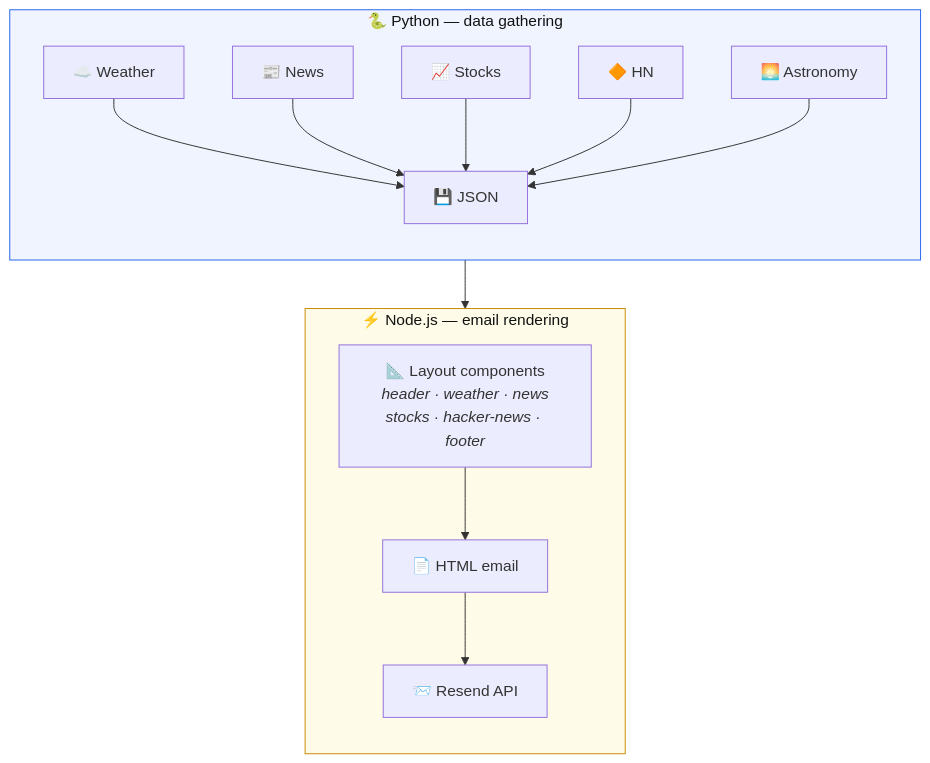
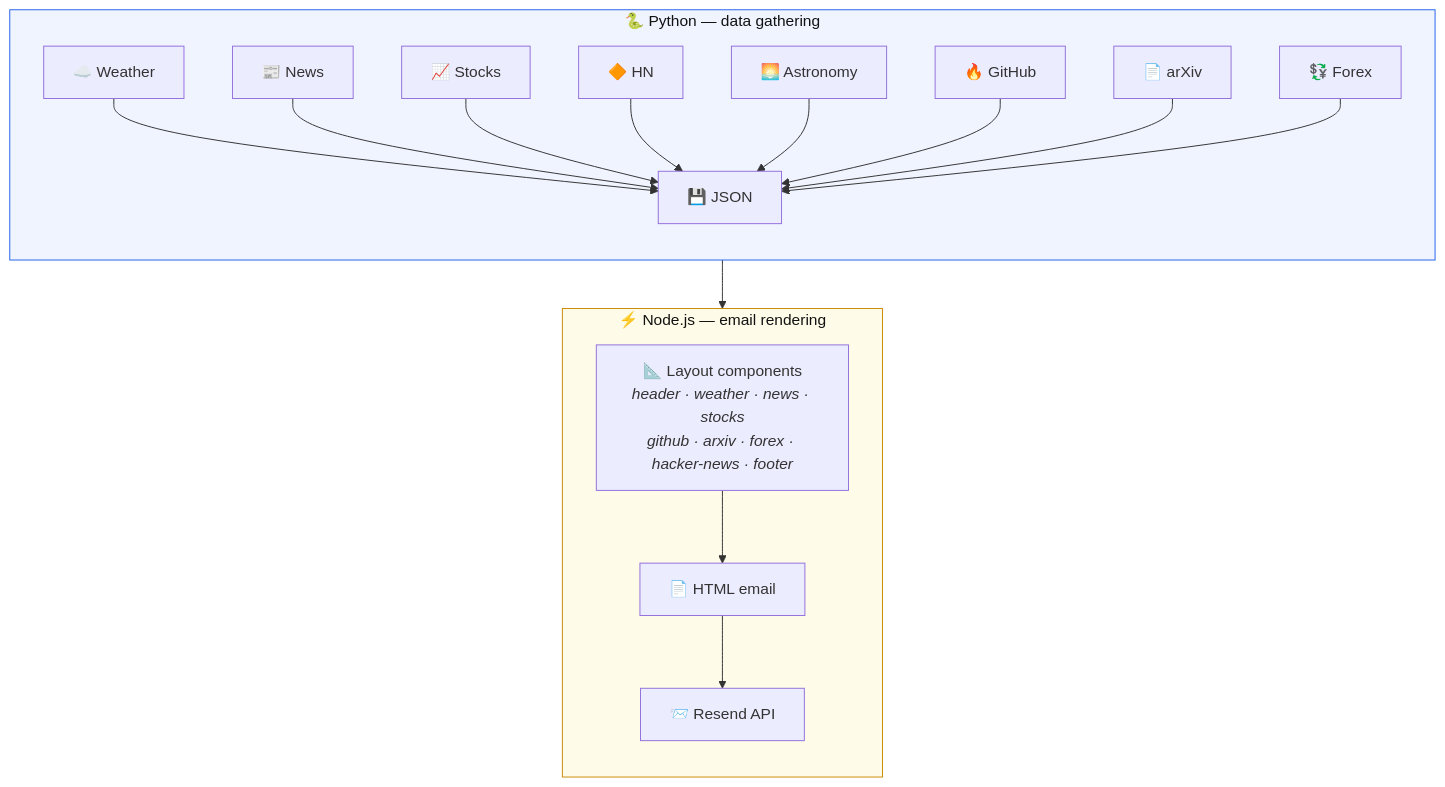
The second of 3 diagrams in README.md (ziyixi/newsletter), drawn with Mermaid before and after one commit. The commit also changed other lines of this file and 23 other files, not shown here.

First line of the commit message:
feat: add new sections for GitHub trending repos, arXiv papers, and exchange rates in email service

````diff
--- a/README.md
+++ b/README.md
@@ -55,20 +58,22 @@
 ```mermaid
 flowchart TB
     subgraph Backend["🐍 Python — data gathering"]
         direction TB
         weather["☁️ Weather"] & news["📰 News"] & stocks["📈 Stocks"] & hn["🔶 HN"] & astro["🌅 Astronomy"]
+        github["🔥 GitHub"] & arxiv["📄 arXiv"] & forex["💱 Forex"]
         weather & news & stocks & hn & astro --> json["💾 JSON"]
+        github & arxiv & forex --> json
     end
 
     subgraph Frontend["⚡ Node.js — email rendering"]
         direction TB
-        components["📐 Layout components<br/><i>header · weather · news<br/>stocks · hacker-news · footer</i>"]
+        components["📐 Layout components<br/><i>header · weather · news · stocks<br/>github · arxiv · forex · hacker-news · footer</i>"]
         components --> html["📄 HTML email"]
         html --> send["📨 Resend API"]
     end
 
     json --> components
 
     style Backend fill:#f0f4ff,stroke:#2563eb,color:#121212
     style Frontend fill:#fefce8,stroke:#ca8a04,color:#121212
 ```
````
